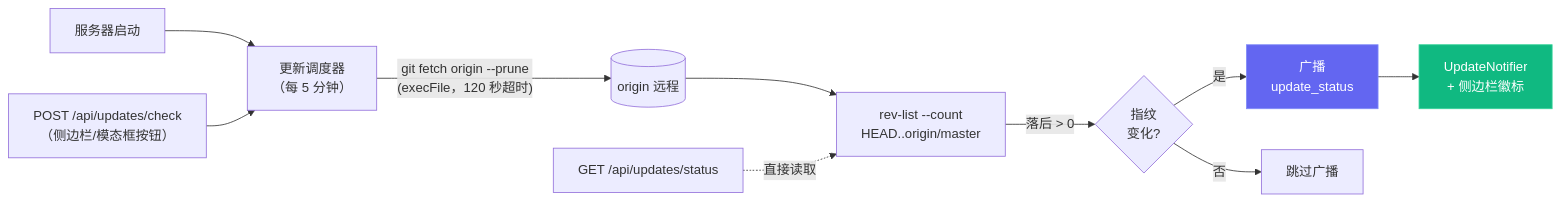
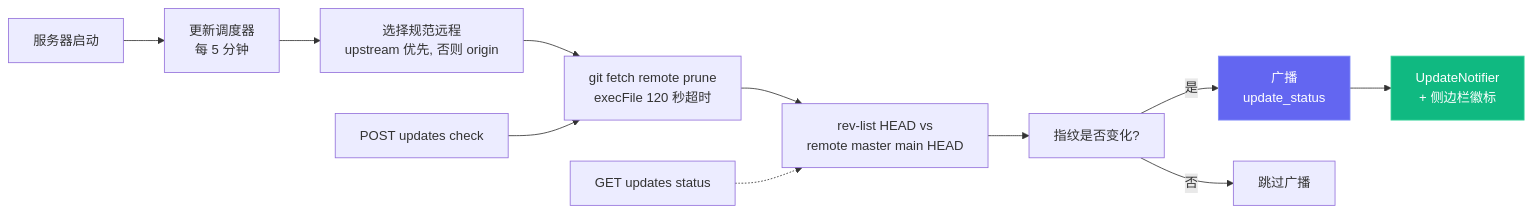
Diagram 14 of 21 in README-CN.md (hoangsonww/Claude-Code-Agent-Monitor), drawn with Mermaid before and after one commit. The commit also changed other lines of this file and 10 other files, not shown here.

````diff
--- a/README-CN.md
+++ b/README-CN.md
@@ -933,16 +933,17 @@
 ```mermaid
 flowchart LR
-    S["服务器启动"] --> SCHED["更新调度器<br/>（每 5 分钟）"]
-    SCHED -->|"git fetch origin --prune<br/>(execFile，120 秒超时)"| GIT[(origin 远程)]
-    GIT --> CMP["rev-list --count<br/>HEAD..origin/master"]
-    CMP -->|落后 > 0| FP{"指纹<br/>变化?"}
+    S["服务器启动"] --> SCHED["更新调度器<br/>每 5 分钟"]
+    SCHED --> PICK["选择规范远程<br/>upstream 优先, 否则 origin"]
+    PICK --> FETCH["git fetch remote prune<br/>execFile 120 秒超时"]
+    FETCH --> CMP["rev-list HEAD vs<br/>remote master main HEAD"]
+    CMP --> FP["指纹是否变化?"]
     FP -->|是| WS["广播<br/>update_status"]
     FP -->|否| IDLE["跳过广播"]
     WS --> CLIENT["UpdateNotifier<br/>+ 侧边栏徽标"]
 
-    CHECK["POST /api/updates/check<br/>（侧边栏/模态框按钮）"] --> SCHED
-    STATUS["GET /api/updates/status"] -.->|直接读取| CMP
+    CHECK["POST updates check"] --> FETCH
+    STATUS["GET updates status"] -.-> CMP
 
     style WS fill:#6366f1,stroke:#818cf8,color:#fff
     style CLIENT fill:#10b981,stroke:#34d399,color:#fff
 ```
````
